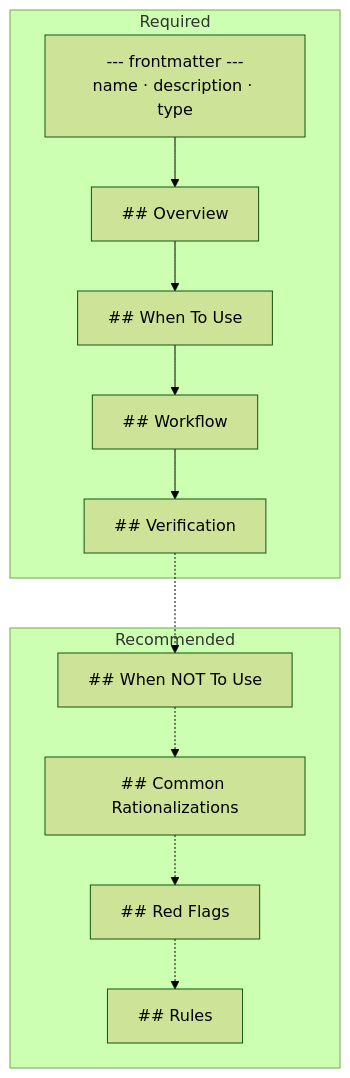
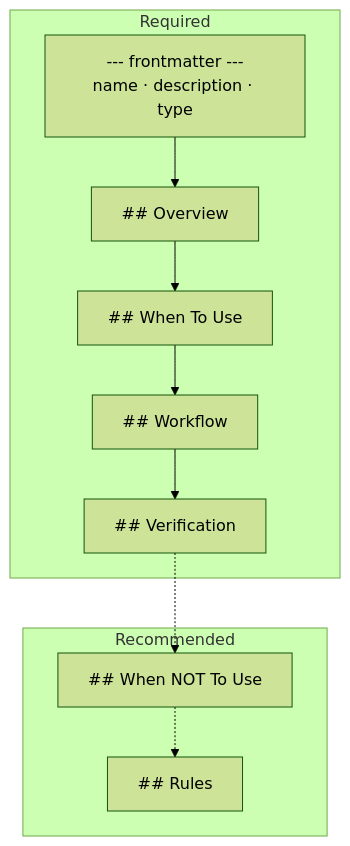
One commit to moberghr/mtk-agent-toolkit changed the first of 2 diagrams in docs/skill-anatomy.md. Above: the diagram before and after it, drawn with Mermaid (forest theme). The commit also changed other lines of this file and 53 other files, not shown here.

First line of the commit message:
refactor(skills): remove rationalization tables, restating graphs and caps emphasis

````diff
--- a/docs/skill-anatomy.md
+++ b/docs/skill-anatomy.md
@@ -49,20 +49,18 @@
 ```mermaid
 graph TD
     subgraph Required
         FM["--- frontmatter ---<br/>name · description · type"]
         OV["## Overview"]
         WTU["## When To Use"]
         WF["## Workflow"]
         VER["## Verification"]
     end
 
     subgraph Recommended
         WNTU["## When NOT To Use"]
-        CR["## Common Rationalizations"]
-        RF["## Red Flags"]
         RU["## Rules"]
     end
 
     FM --> OV --> WTU --> WF --> VER
-    VER -.-> WNTU -.-> CR -.-> RF -.-> RU
+    VER -.-> WNTU -.-> RU
 ```
````
